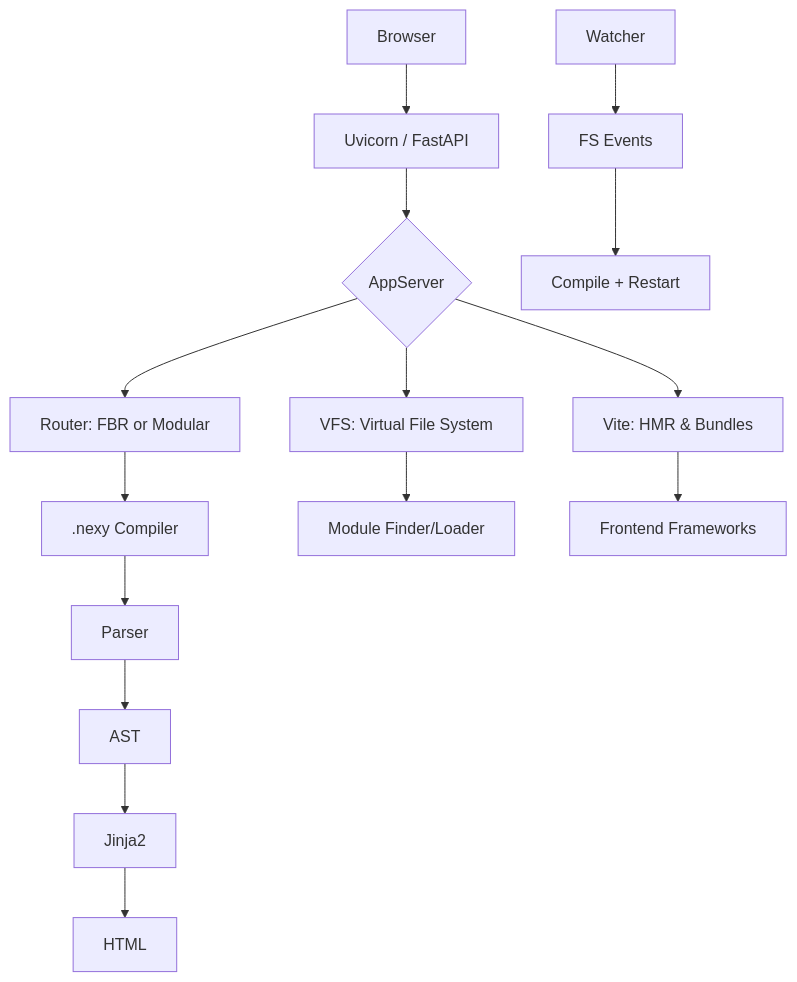
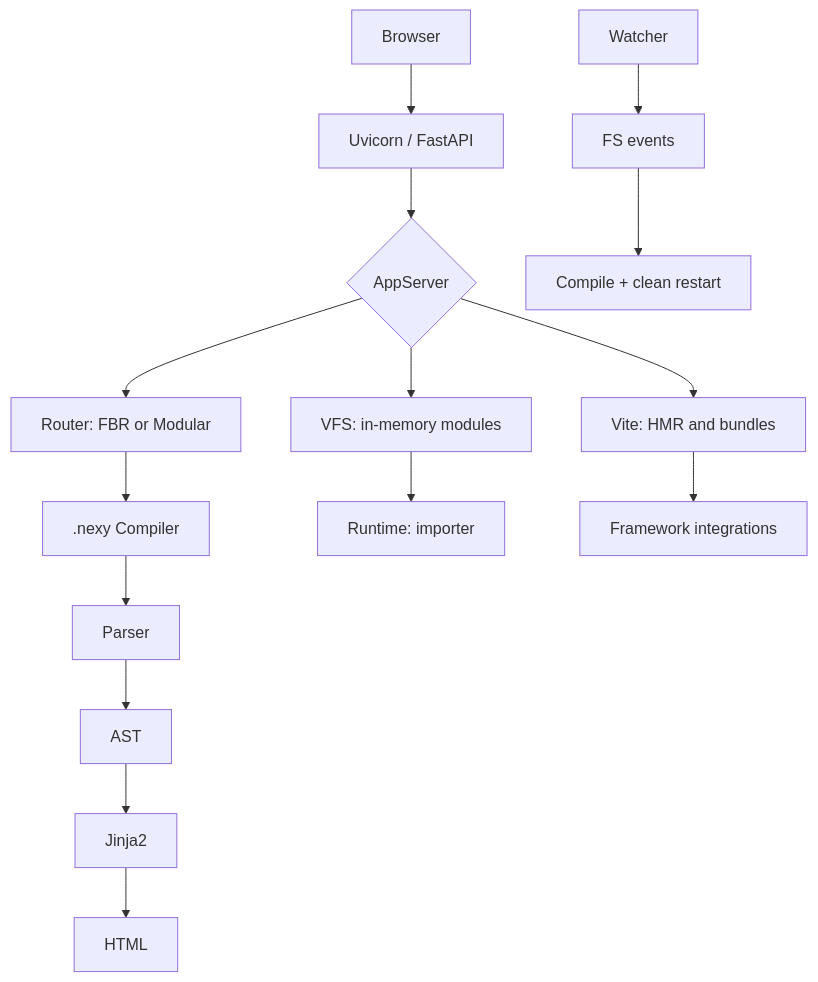
The diagram in README.md (NexyPy/nexy), drawn with Mermaid before and after one commit. The commit also changed other lines of this file, not shown here.

````diff
--- a/README.md
+++ b/README.md
@@ -92,14 +67,14 @@
 ```mermaid
 graph TD
     A[Browser] --> B[Uvicorn / FastAPI]
     B --> C{AppServer}
     C --> D[Router: FBR or Modular]
-    C --> E[VFS: Virtual File System]
-    C --> F[Vite: HMR & Bundles]
+    C --> E[VFS: in-memory modules]
+    C --> F[Vite: HMR and bundles]
     D --> G[.nexy Compiler]
     G --> H[Parser] --> I[AST] --> J[Jinja2] --> K[HTML]
-    E --> L[Module Finder/Loader]
-    F --> M[Frontend Frameworks]
-    N[Watcher] --> O[FS Events]
-    O --> P[Compile + Restart]
+    E --> L[Runtime: importer]
+    F --> M[Framework integrations]
+    N[Watcher] --> O[FS events]
+    O --> P[Compile + clean restart]
 ```
````
